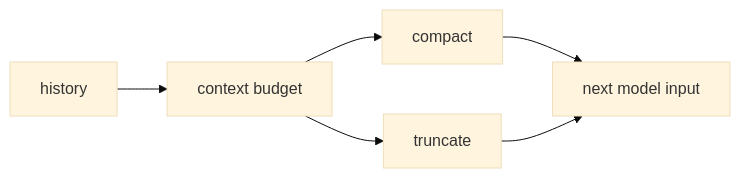
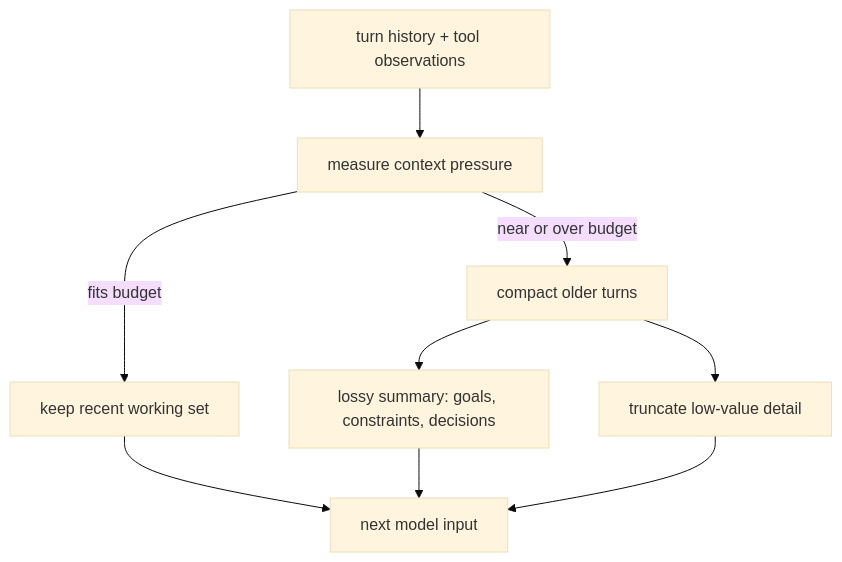
One commit to shihao-zhang/learn-codex changed the diagram in chapters/s05_context_window_compaction/diagram.mmd. Above: the diagram before and after it, drawn with Mermaid (base theme). The commit also changed other lines of this file and 43 other files, not shown here.

```diff
--- a/chapters/s05_context_window_compaction/diagram.mmd
+++ b/chapters/s05_context_window_compaction/diagram.mmd
@@ -1,6 +1,9 @@
-flowchart LR
-    A["history"] --> B["context budget"]
-    B --> C["compact"]
-    B --> D["truncate"]
-    C --> E["next model input"]
-    D --> E
+flowchart TD
+    A["turn history + tool observations"] --> B["measure context pressure"]
+    B -->|fits budget| C["keep recent working set"]
+    B -->|near or over budget| D["compact older turns"]
+    D --> E["lossy summary: goals, constraints, decisions"]
+    D --> F["truncate low-value detail"]
+    C --> G["next model input"]
+    E --> G
+    F --> G
```
